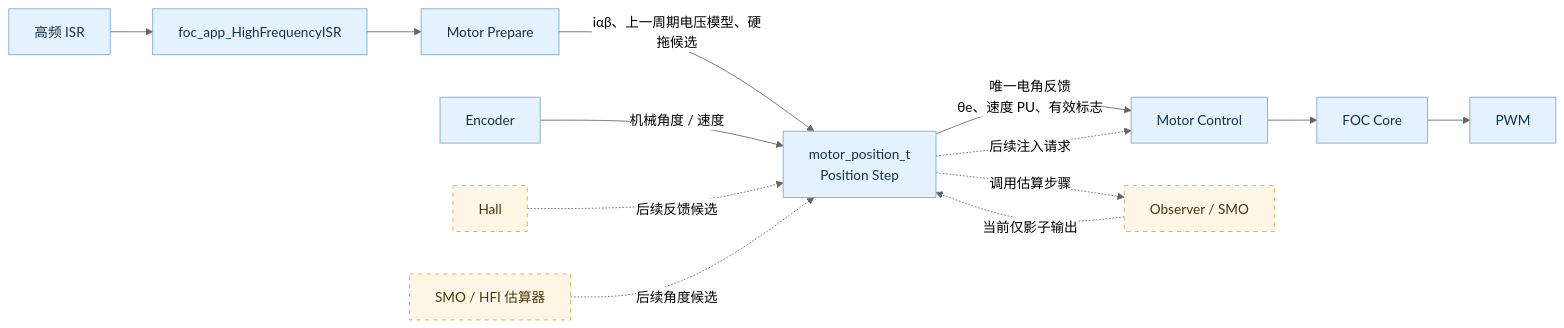
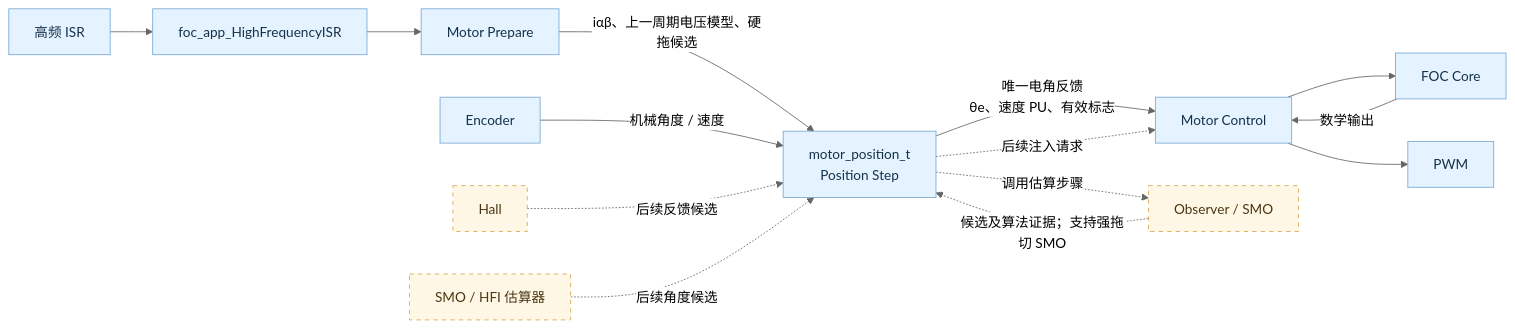
The diagram in foc/README.md (wyxun/modus_template), drawn with Mermaid (neutral theme) before and after one commit. The commit also changed 86 other files, not shown here.

````diff
--- a/foc/README.md
+++ b/foc/README.md
@@ -21,21 +21,22 @@
 ```mermaid
 flowchart LR
     IRQ[高频 ISR] --> APP[foc_app_HighFrequencyISR]
     APP --> PREP[Motor Prepare]
     PREP -->|iαβ、上一周期电压模型、硬拖候选| POS[motor_position_t<br/>Position Step]
     ENC[Encoder] -->|机械角度 / 速度| POS
     POS -->|唯一电角反馈<br/>θe、速度 PU、有效标志| CTRL[Motor Control]
     CTRL --> CORE[FOC Core]
-    CORE --> PWM[PWM]
+    CORE -->|数学输出| CTRL
+    CTRL --> PWM[PWM]
 
     POS -.->|调用估算步骤| OBS[Observer / SMO]
-    OBS -.->|当前仅影子输出| POS
+    OBS -.->|候选及算法证据；支持强拖切 SMO| POS
     HALL[Hall] -.->|后续反馈候选| POS
     EST[SMO / HFI 估算器] -.->|后续角度候选| POS
     POS -.->|后续注入请求| CTRL
 
     classDef active fill:#e5f2ff,stroke:#79a9d3,color:#14324a
     classDef future fill:#fff7e5,stroke:#d6a84f,color:#4a3714,stroke-dasharray:5 5
     class IRQ,APP,PREP,POS,ENC,CTRL,CORE,PWM active
     class OBS,HALL,EST future
 ```
````
